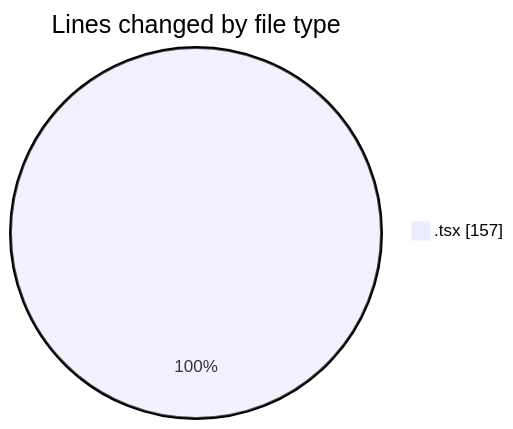
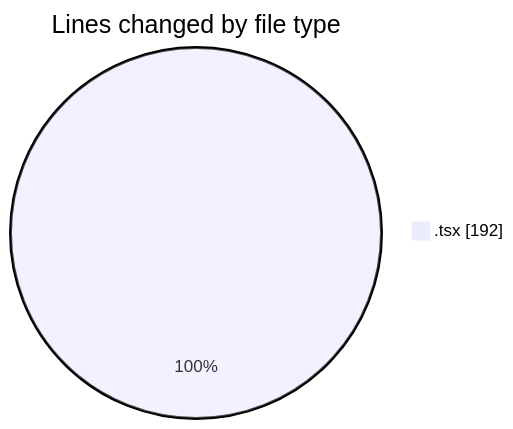
Before and after one commit to robertbonfada/code-tracking: the first of 2 diagrams in 2025-02-27/audiobooks-web/README.md, drawn with Mermaid. The commit also changed other lines of this file and 1 other file, not shown here.

````diff
--- a/2025-02-27/audiobooks-web/README.md
+++ b/2025-02-27/audiobooks-web/README.md
@@ -21,5 +22,5 @@
 ```mermaid
 pie showData
 title Lines changed by file type
-".tsx" : 157
+".tsx" : 192
 ```
````
